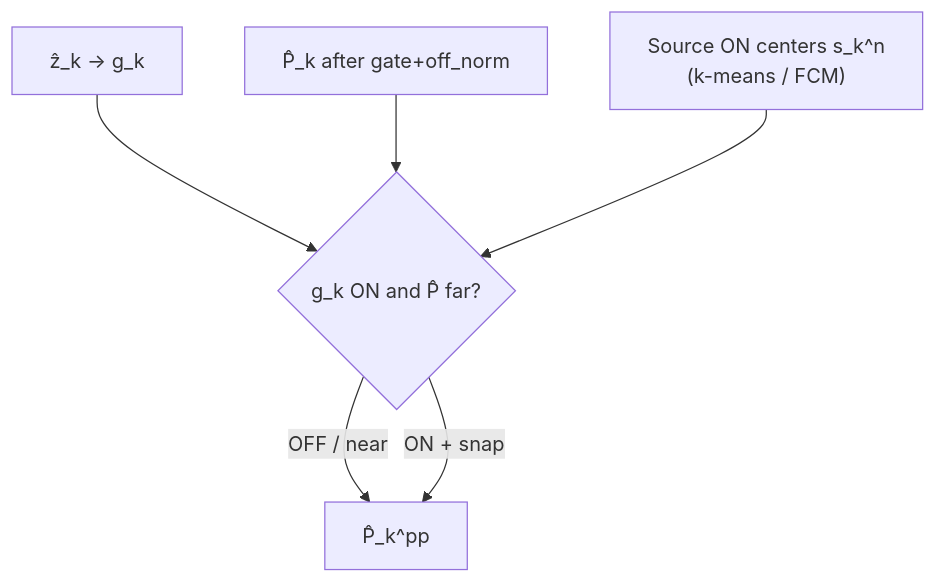
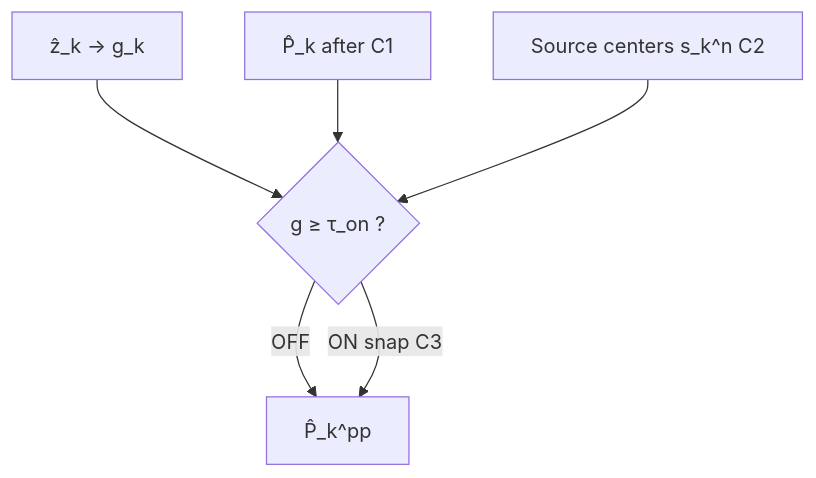
Before and after one commit to rtie2002/high_low_freq_NILM: the fourth of 4 diagrams in multi_appliances_NILM/docs/multinilm_schirmer_invariance_upgrade.md, drawn with Mermaid. The commit also changed other lines of this file and 36 other files, not shown here.

````diff
--- a/multi_appliances_NILM/docs/multinilm_schirmer_invariance_upgrade.md
+++ b/multi_appliances_NILM/docs/multinilm_schirmer_invariance_upgrade.md
@@ -222,14 +614,14 @@
 ```mermaid
 flowchart TB
   Z["ẑ_k → g_k"]
-  PRAW["P̂_k after gate+off_norm"]
-  CTR["Source ON centers s_k^n<br/>(k-means / FCM)"]
-  DEC{"g_k ON and P̂ far?"}
+  PRAW["P̂_k after C1"]
+  CTR["Source centers s_k^n  C2"]
+  DEC{"g ≥ τ_on ?"}
   OUT["P̂_k^pp"]
 
   Z --> DEC
   PRAW --> DEC
   CTR --> DEC
-  DEC -->|"OFF / near"| OUT
-  DEC -->|"ON + snap"| OUT
+  DEC -->|OFF| OUT
+  DEC -->|ON snap C3| OUT
 ```
````
